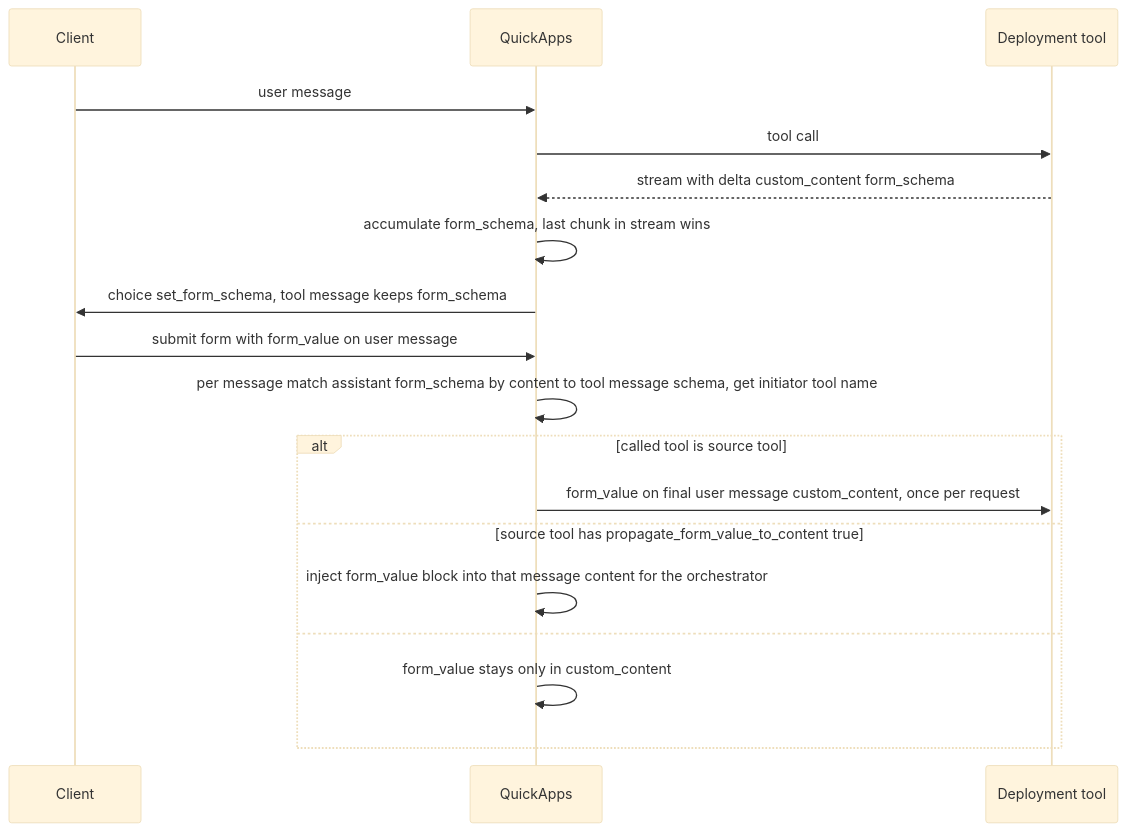
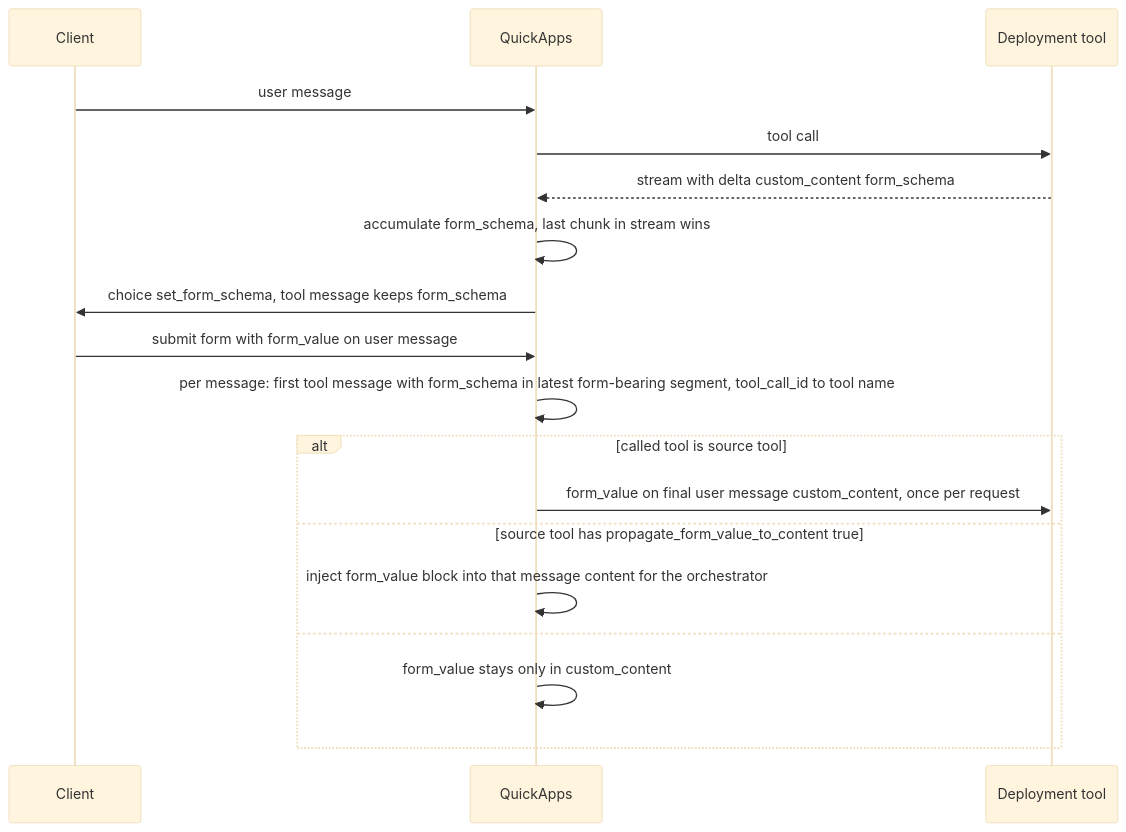
One commit to epam/ai-dial-quickapps-backend changed the diagram in docs/designs/form_schema_propagation.md. Above: the diagram before and after it, drawn with Mermaid (base theme). The commit also changed other lines of this file and 1 other file, not shown here.

Commit message:
feat: refine form schema propagation logic and enhance source tool resolution

````diff
--- a/docs/designs/form_schema_propagation.md
+++ b/docs/designs/form_schema_propagation.md
@@ -237,20 +234,20 @@
 ```mermaid
 sequenceDiagram
     participant C as Client
     participant QA as QuickApps
     participant D as Deployment tool
     C->>QA: user message
     QA->>D: tool call
     D-->>QA: stream with delta custom_content form_schema
     QA->>QA: accumulate form_schema, last chunk in stream wins
     QA->>C: choice set_form_schema, tool message keeps form_schema
     C->>QA: submit form with form_value on user message
-    QA->>QA: per message match assistant form_schema by content to tool message schema, get initiator tool name
+    QA->>QA: per message: first tool message with form_schema in latest form-bearing segment, tool_call_id to tool name
     alt called tool is source tool
         QA->>D: form_value on final user message custom_content, once per request
     else source tool has propagate_form_value_to_content true
         QA->>QA: inject form_value block into that message content for the orchestrator
     else
         QA->>QA: form_value stays only in custom_content
     end
 ```
````
